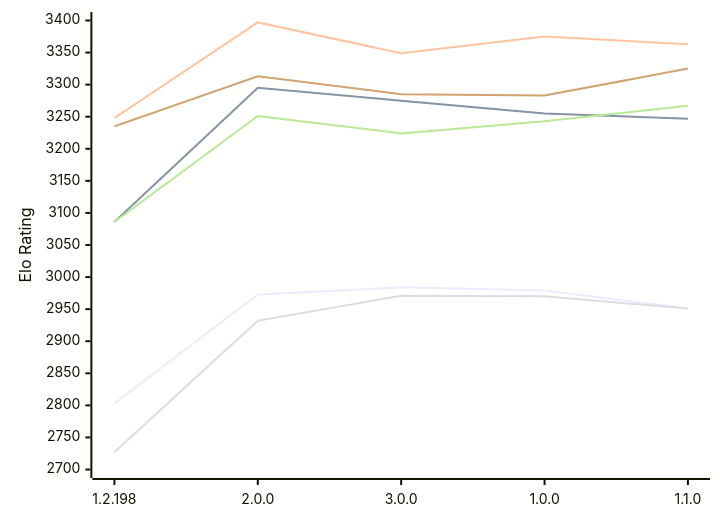
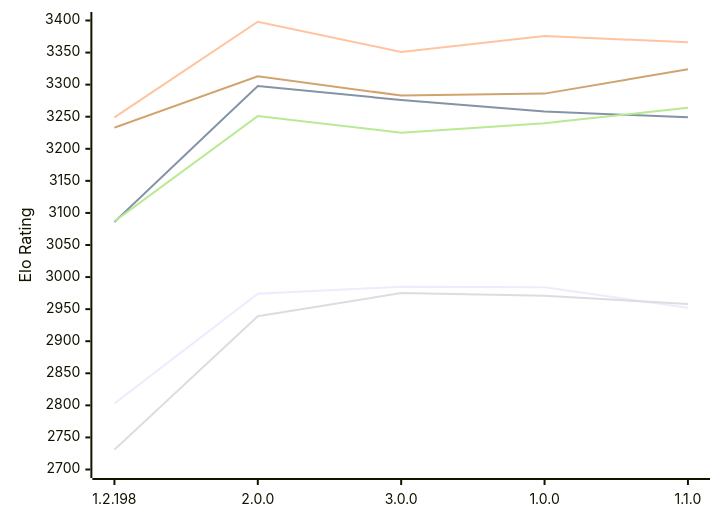
One commit to computer-chess-index/cci changed the diagram in engines/Trebuchet.md. Above: the diagram before and after it, drawn with Mermaid. The commit also changed other lines of this file, not shown here.

Commit message:
Update CCI Ratings (ELO VLTC) - 2026-11-17

````diff
--- a/engines/Trebuchet.md
+++ b/engines/Trebuchet.md
@@ -55,12 +55,12 @@
 ```mermaid
 %%{init: {"theme":"base","themeVariables":{"seriesColors:['#a3a3a3','#222221','#faa371']}}}%%
 xychart-beta
   x-axis ["1.2.198", "2.0.0", "3.0.0", "1.0.0", "1.1.0"]
   y-axis "Elo Rating" 2700 --> 3400
-  line "E1: STC (8.0+0.08s)" [2803, 2973, 2984, 2979, 2951]
-  line "E1: LTC (60.0+0.60s)" [3086, 3295, 3275, 3255, 3247]
-  line "E1: VLTC (2m24s+1.12s)" [3248, 3397, 3349, 3375, 3363]
-  line "P1: STC (8.0+0.08s)" [2727, 2932, 2971, 2970, 2951]
-  line "P1: LTC (60.0+0.60s)" [3086, 3251, 3224, 3243, 3267]
-  line "P1: VLTC (2m24s+1.12s)" [3235, 3313, 3285, 3283, 3325]
+  line "E1: STC (8.0+0.08s)" [2803, 2974, 2985, 2984, 2952]
+  line "E1: LTC (60.0+0.60s)" [3086, 3298, 3276, 3258, 3249]
+  line "E1: VLTC (2m24s+1.12s)" [3249, 3398, 3351, 3376, 3366]
+  line "P1: STC (8.0+0.08s)" [2731, 2939, 2975, 2971, 2958]
+  line "P1: LTC (60.0+0.60s)" [3087, 3251, 3225, 3240, 3264]
+  line "P1: VLTC (2m24s+1.12s)" [3233, 3313, 3283, 3286, 3324]
 ```
````
